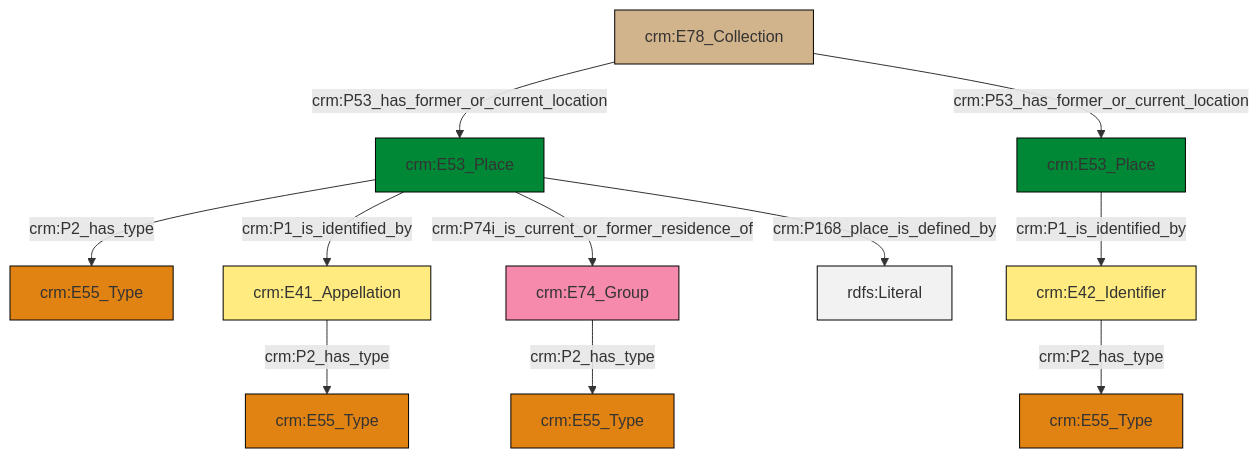
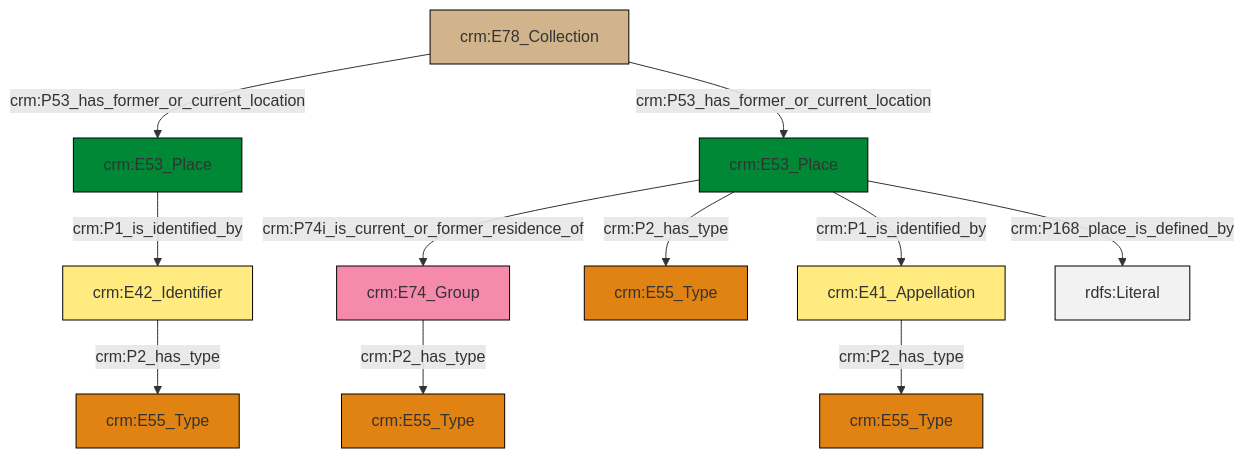
The diagram in et/archivalCSV/ttl/mmd/archival_location.ttl.mmd (swiss-art-research-net/docs.swissartresearch), drawn with Mermaid before and after one commit. The commit also changed 208 other files, not shown here.

```diff
--- a/et/archivalCSV/ttl/mmd/archival_location.ttl.mmd
+++ b/et/archivalCSV/ttl/mmd/archival_location.ttl.mmd
@@ -1,25 +1,25 @@
 graph TD
 classDef Literal fill:#f2f2f2,stroke:#000000;
 classDef CRM_Entity fill:#FFFFFF,stroke:#000000;
 classDef Temporal_Entity fill:#00C9E6, stroke:#000000;
 classDef Type fill:#E18312, stroke:#000000;
 classDef Time-Span fill:#2C9C91, stroke:#000000;
 classDef Appellation fill:#FFEB7F, stroke:#000000;
 classDef Place fill:#008836, stroke:#000000;
 classDef Persistent_Item fill:#B266B2, stroke:#000000;
 classDef Conceptual_Object fill:#FFD700, stroke:#000000;
 classDef Physical_Thing fill:#D2B48C, stroke:#000000;
 classDef Actor fill:#f58aad, stroke:#000000;
 classDef PC_Classes fill:#4ce600, stroke:#000000;
 classDef Multi fill:#cccccc,stroke:#000000;
 
-0["crm:E53_Place"]:::Place -->|crm:P2_has_type| 2["crm:E55_Type"]:::Type
-3["crm:E78_Collection"]:::Physical_Thing -->|crm:P53_has_former_or_current_location| 0["crm:E53_Place"]:::Place
-0["crm:E53_Place"]:::Place -->|crm:P1_is_identified_by| 5["crm:E41_Appellation"]:::Appellation
-9["crm:E74_Group"]:::Actor -->|crm:P2_has_type| 10["crm:E55_Type"]:::Type
-13["crm:E53_Place"]:::Place -->|crm:P1_is_identified_by| 14["crm:E42_Identifier"]:::Appellation
-0["crm:E53_Place"]:::Place -->|crm:P74i_is_current_or_former_residence_of| 9["crm:E74_Group"]:::Actor
-3["crm:E78_Collection"]:::Physical_Thing -->|crm:P53_has_former_or_current_location| 13["crm:E53_Place"]:::Place
-14["crm:E42_Identifier"]:::Appellation -->|crm:P2_has_type| 7["crm:E55_Type"]:::Type
-0["crm:E53_Place"]:::Place -->|crm:P168_place_is_defined_by| 20[rdfs:Literal]:::Literal
-5["crm:E41_Appellation"]:::Appellation -->|crm:P2_has_type| 11["crm:E55_Type"]:::Type
+2["crm:E78_Collection"]:::Physical_Thing -->|crm:P53_has_former_or_current_location| 3["crm:E53_Place"]:::Place
+13["crm:E74_Group"]:::Actor -->|crm:P2_has_type| 4["crm:E55_Type"]:::Type
+6["crm:E53_Place"]:::Place -->|crm:P74i_is_current_or_former_residence_of| 13["crm:E74_Group"]:::Actor
+8["crm:E41_Appellation"]:::Appellation -->|crm:P2_has_type| 14["crm:E55_Type"]:::Type
+6["crm:E53_Place"]:::Place -->|crm:P2_has_type| 0["crm:E55_Type"]:::Type
+3["crm:E53_Place"]:::Place -->|crm:P1_is_identified_by| 10["crm:E42_Identifier"]:::Appellation
+2["crm:E78_Collection"]:::Physical_Thing -->|crm:P53_has_former_or_current_location| 6["crm:E53_Place"]:::Place
+6["crm:E53_Place"]:::Place -->|crm:P1_is_identified_by| 8["crm:E41_Appellation"]:::Appellation
+6["crm:E53_Place"]:::Place -->|crm:P168_place_is_defined_by| 24[rdfs:Literal]:::Literal
+10["crm:E42_Identifier"]:::Appellation -->|crm:P2_has_type| 21["crm:E55_Type"]:::Type
```
